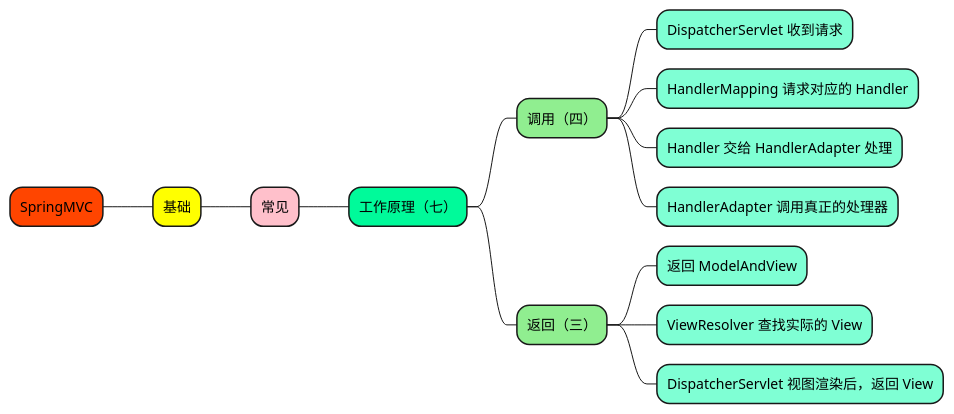
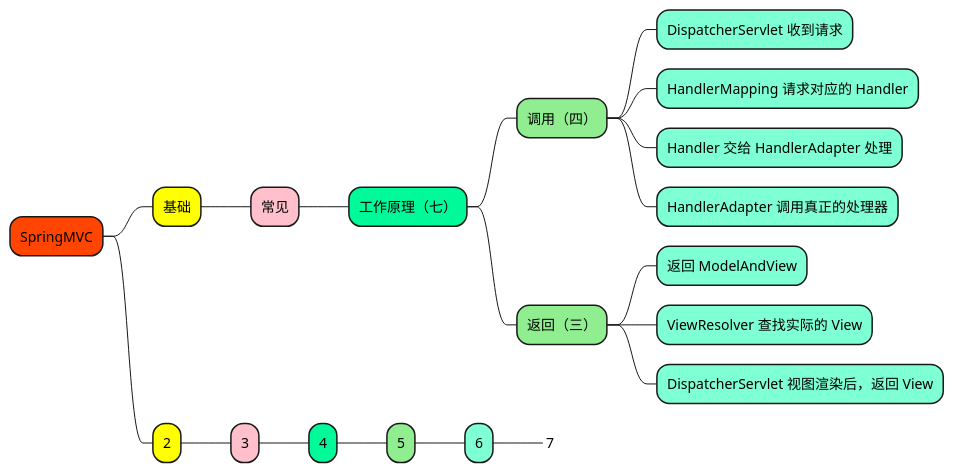
The diagram in 1_map/2-framework/SpringMVC.puml (doveg/self-cultivation-of-a-software-engineer), drawn with PlantUML before and after one commit. The commit also changed 26 other files, not shown here.

```diff
--- a/1_map/2-framework/SpringMVC.puml
+++ b/1_map/2-framework/SpringMVC.puml
@@ -1,25 +1,38 @@
 @startmindmap
 
 +[#OrangeRed] SpringMVC
 
 ++[#yellow] 基础
 
 +++[#Pink] 常见
 
 ++++[#MediumSpringGreen] 工作原理（七）
 
 +++++[#LightGreen] 调用（四）
 ++++++[#Aquamarine] DispatcherServlet 收到请求
 ++++++[#Aquamarine] HandlerMapping 请求对应的 Handler
 ++++++[#Aquamarine] Handler 交给 HandlerAdapter 处理
 ++++++[#Aquamarine] HandlerAdapter 调用真正的处理器
 
 +++++[#LightGreen] 返回（三）
 ++++++[#Aquamarine] 返回 ModelAndView
 ++++++[#Aquamarine] ViewResolver 查找实际的 View
 ++++++[#Aquamarine] DispatcherServlet 视图渲染后，返回 View
 
 
 
 
+
+++[#yellow] 2
+
++++[#Pink] 3
+
+++++[#MediumSpringGreen] 4
++++++[#LightGreen] 5
+++++++[#Aquamarine] 6
++++++++[#Aquamarine]_ 7
+
+
+
+
 @endmindmap
```
